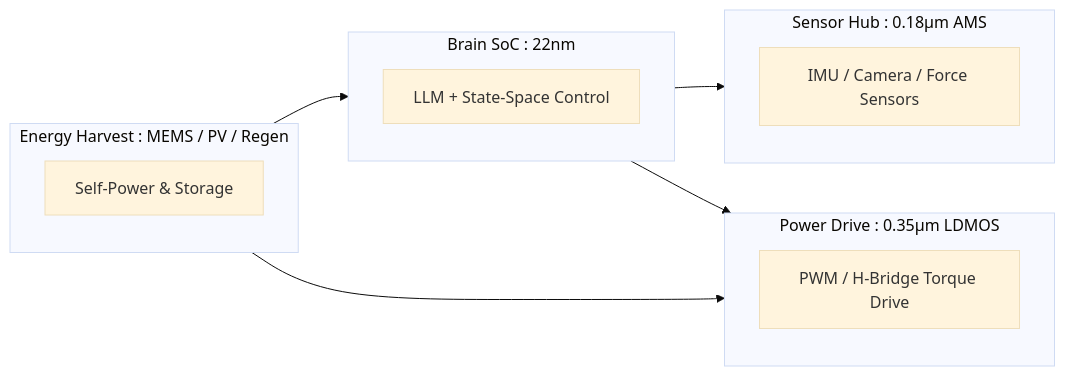
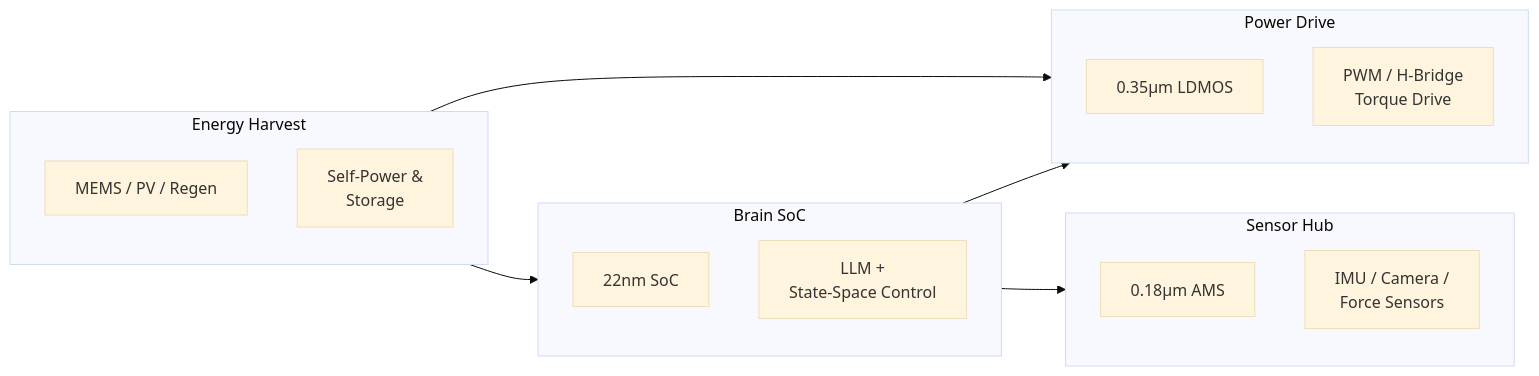
Before and after one commit to Samizo-AITL/AITL-Strategy-Proposal: the third of 9 diagrams in AITL_Strategy_Proposal_Draft_v4_3.md, drawn with Mermaid (base theme).

````diff
--- a/AITL_Strategy_Proposal_Draft_v4_3.md
+++ b/AITL_Strategy_Proposal_Draft_v4_3.md
@@ -222,20 +222,33 @@
 ```mermaid
 flowchart LR
-    subgraph B [Brain SoC : 22nm]
-        B1[LLM + State-Space Control]
-    end
-    subgraph S [Sensor Hub : 0.18µm AMS]
-        S1[IMU / Camera / Force Sensors]
-    end
-    subgraph D [Power Drive : 0.35µm LDMOS]
-        D1[PWM / H-Bridge Torque Drive]
-    end
-    subgraph E [Energy Harvest : MEMS / PV / Regen]
-        E1[Self-Power & Storage]
+    %% タイトルは短く、詳細は箱の中で改行
+    subgraph B [Brain SoC]
+        direction TB
+        B0["22nm SoC"]
+        B1["LLM +<br/>State-Space Control"]
     end
 
-    B --> S
-    B --> D
-    E --> B
-    E --> D
+    subgraph S [Sensor Hub]
+        direction TB
+        S0["0.18µm AMS"]
+        S1["IMU / Camera /<br/>Force Sensors"]
+    end
+
+    subgraph D [Power Drive]
+        direction TB
+        D0["0.35µm LDMOS"]
+        D1["PWM / H-Bridge<br/>Torque Drive"]
+    end
+
+    subgraph E [Energy Harvest]
+        direction TB
+        E0["MEMS / PV / Regen"]
+        E1["Self-Power &<br/>Storage"]
+    end
+
+    %% 接続
+    B1 --> S1
+    B1 --> D1
+    E1 --> B1
+    E1 --> D1
 ```
````
